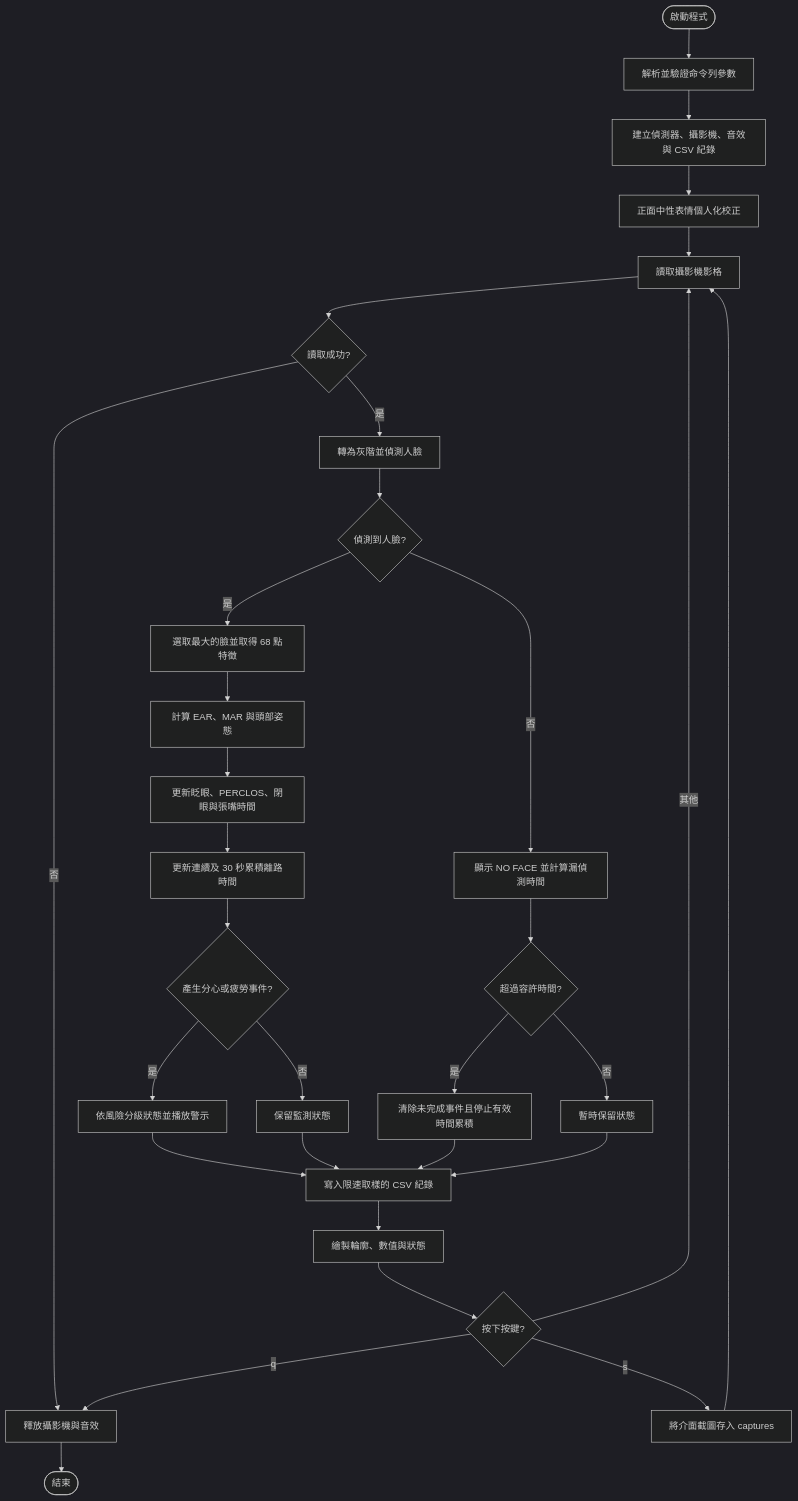
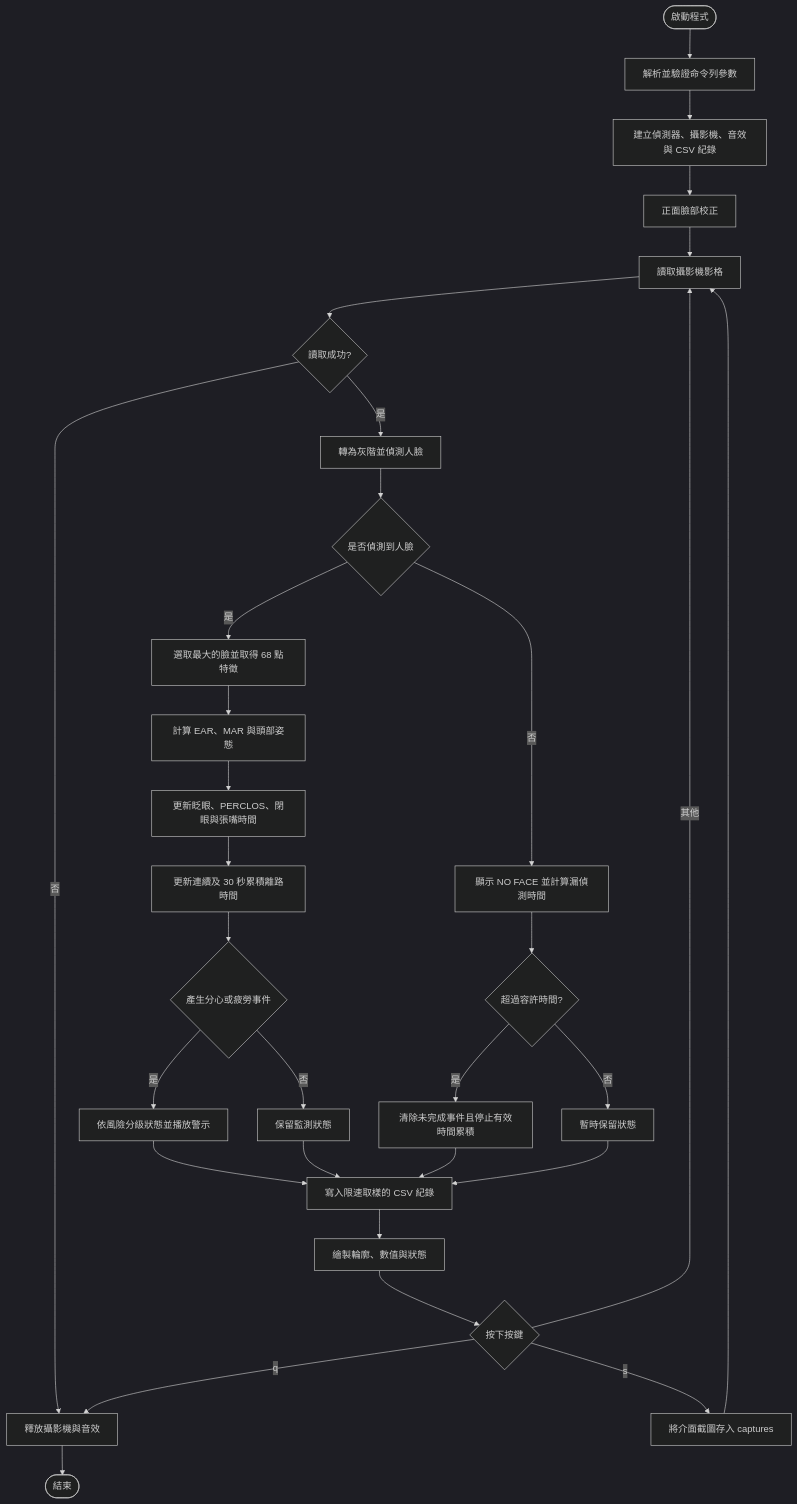
One commit to s960137/driver-drowsiness-detection changed the diagram in README.md. Above: the diagram before and after it, drawn with Mermaid (dark theme). The commit also changed other lines of this file, not shown here.

````diff
--- a/README.md
+++ b/README.md
@@ -46,33 +46,33 @@
 ```mermaid
 flowchart TD
     A([啟動程式]) --> B[解析並驗證命令列參數]
     B --> C[建立偵測器、攝影機、音效與 CSV 紀錄]
-    C --> D[正面中性表情個人化校正]
+    C --> D[正面臉部校正]
     D --> E[讀取攝影機影格]
     E --> F{讀取成功?}
     F -- 否 --> Y[釋放攝影機與音效]
     F -- 是 --> G[轉為灰階並偵測人臉]
-    G --> H{偵測到人臉?}
+    G --> H{是否偵測到人臉}
     H -- 是 --> I[選取最大的臉並取得 68 點特徵]
     I --> J[計算 EAR、MAR 與頭部姿態]
     J --> K[更新眨眼、PERCLOS、閉眼與張嘴時間]
     K --> L[更新連續及 30 秒累積離路時間]
-    L --> M{產生分心或疲勞事件?}
+    L --> M{產生分心或疲勞事件}
     M -- 是 --> N[依風險分級狀態並播放警示]
     M -- 否 --> S[保留監測狀態]
     H -- 否 --> O[顯示 NO FACE 並計算漏偵測時間]
     O --> P{超過容許時間?}
     P -- 是 --> Q[清除未完成事件且停止有效時間累積]
     P -- 否 --> R[暫時保留狀態]
     N --> T[寫入限速取樣的 CSV 紀錄]
     S --> T
     Q --> T
     R --> T
     T --> V[繪製輪廓、數值與狀態]
-    V --> W{按下按鍵?}
+    V --> W{按下按鍵}
     W -- s --> AA[將介面截圖存入 captures]
     AA --> E
     W -- q --> Y
     W -- 其他 --> E
     Y --> Z([結束])
 ```
````
